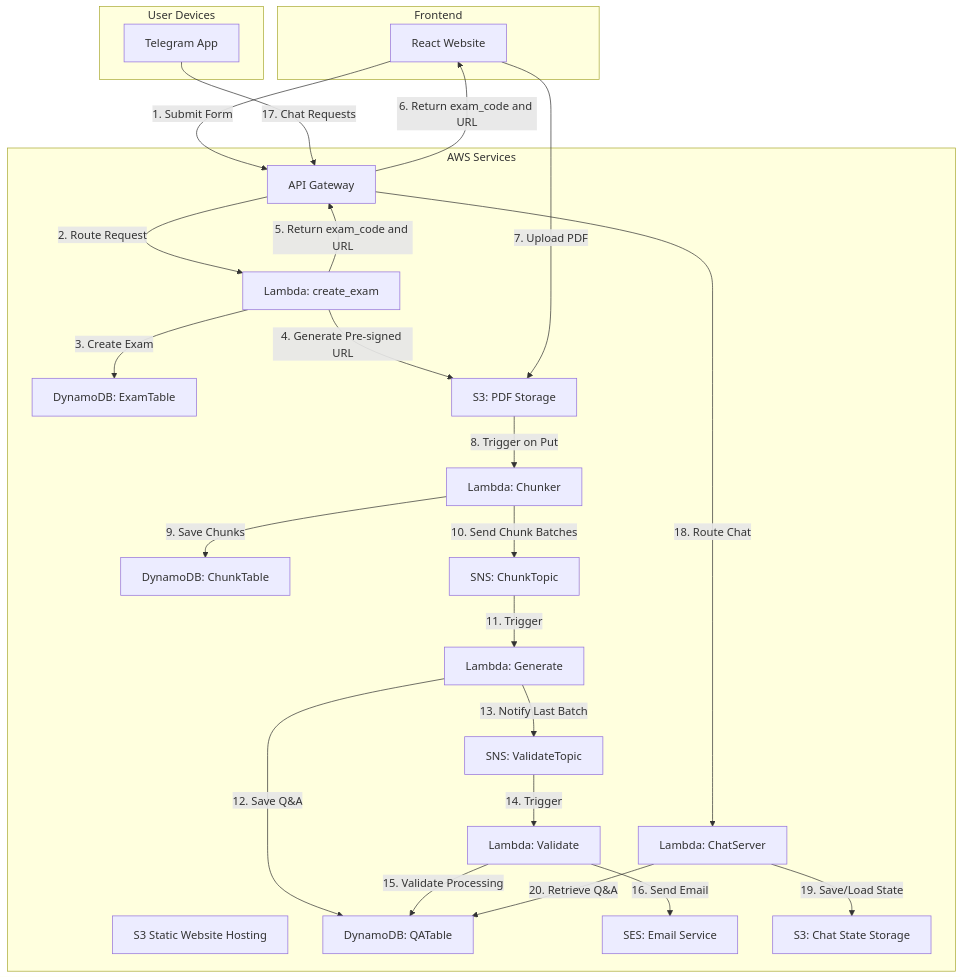
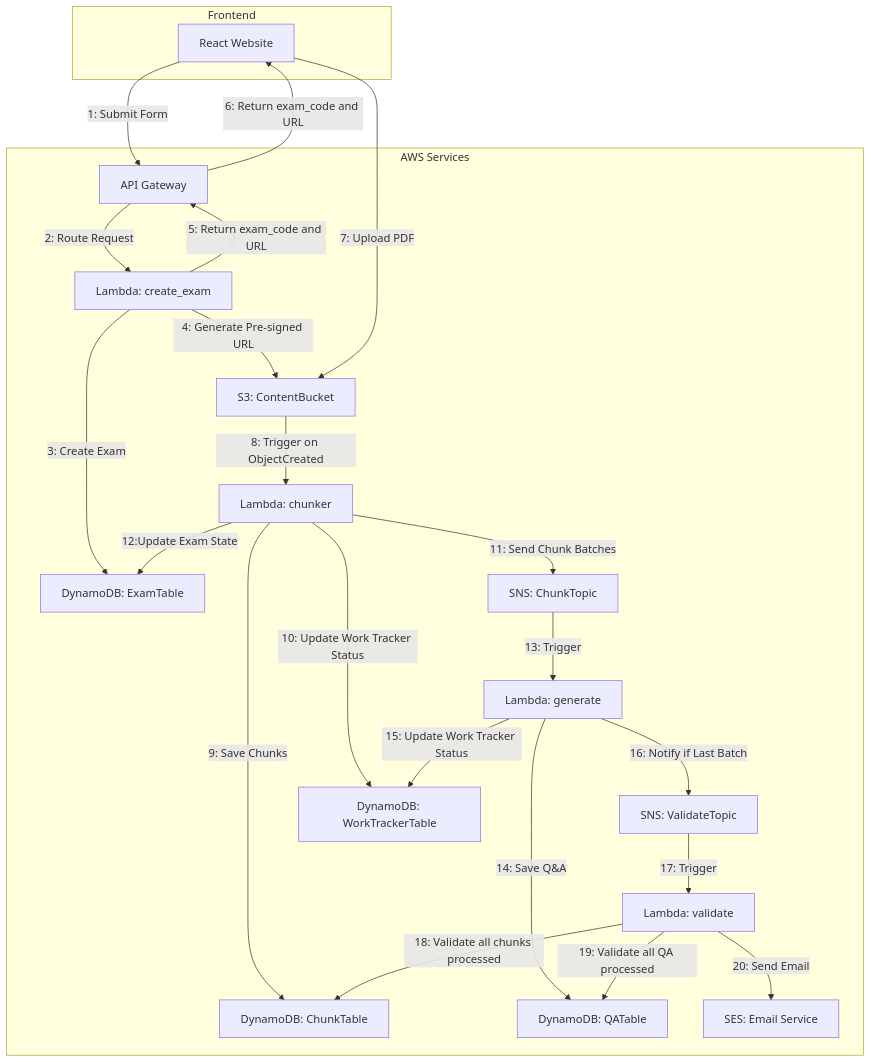
One commit to rajkorde/ExamGPTCloud changed the third of 3 diagrams in README.md. Above: the diagram before and after it, drawn with Mermaid. The commit also changed other lines of this file, not shown here.

Commit message:
fixed DFD for create_exam

````diff
--- a/README.md
+++ b/README.md
@@ -169,49 +171,44 @@
 ```mermaid
 graph TB
     subgraph "Frontend"
         A[React Website]
     end
 
     subgraph "AWS Services"
-        B[S3 Static Website Hosting]
         C[API Gateway]
         D[Lambda: create_exam]
         E[DynamoDB: ExamTable]
-        F[S3: PDF Storage]
-        G[Lambda: Chunker]
+        F[S3: ContentBucket]
+        G[Lambda: chunker]
         H[DynamoDB: ChunkTable]
         I[SNS: ChunkTopic]
-        J[Lambda: Generate]
+        J[Lambda: generate]
         K[DynamoDB: QATable]
         L[SNS: ValidateTopic]
-        M[Lambda: Validate]
+        M[Lambda: validate]
         N[SES: Email Service]
-        O[Lambda: ChatServer]
-        P[S3: Chat State Storage]
+        R[DynamoDB: WorkTrackerTable]
     end
 
-    subgraph "User Devices"
-        Q[Telegram App]
-    end
 
-    A -->|1. Submit Form| C
-    C -->|2. Route Request| D
-    D -->|3. Create Exam| E
-    D -->|4. Generate Pre-signed URL| F
-    D -->|5. Return exam_code and URL| C
-    C -->|6. Return exam_code and URL| A
-    A -->|7. Upload PDF| F
-    F -->|8. Trigger on Put| G
-    G -->|9. Save Chunks| H
-    G -->|10. Send Chunk Batches| I
-    I -->|11. Trigger| J
-    J -->|12. Save Q&A| K
-    J -->|13. Notify Last Batch| L
-    L -->|14. Trigger| M
-    M -->|15. Validate Processing| K
-    M -->|16. Send Email| N
-    Q -->|17. Chat Requests| C
-    C -->|18. Route Chat| O
-    O -->|19. Save/Load State| P
-    O -->|20. Retrieve Q&A| K
+    A -->|1: Submit Form| C
+    C -->|2: Route Request| D
+    D -->|3: Create Exam| E
+    D -->|4: Generate Pre-signed URL| F
+    D -->|5: Return exam_code and URL| C
+    C -->|6: Return exam_code and URL| A
+    A -->|7: Upload PDF| F
+    F -->|8: Trigger on ObjectCreated| G
+    G -->|9: Save Chunks| H
+    G -->|10: Update Work Tracker Status| R
+    G -->|11: Send Chunk Batches| I
+    G -->|12:Update Exam State |E
+    I -->|13: Trigger| J
+    J -->|14: Save Q&A| K
+    J -->|15: Update Work Tracker Status| R
+    J -->|16: Notify if Last Batch| L
+    L -->|17: Trigger| M
+    M -->|18: Validate all chunks processed| H
+    M -->|19: Validate all QA processed| K
+    M -->|20: Send Email| N
 ```
````
